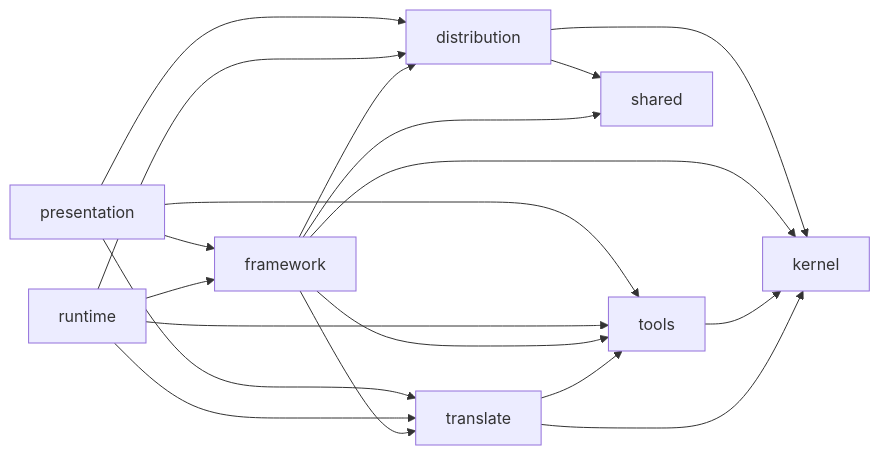
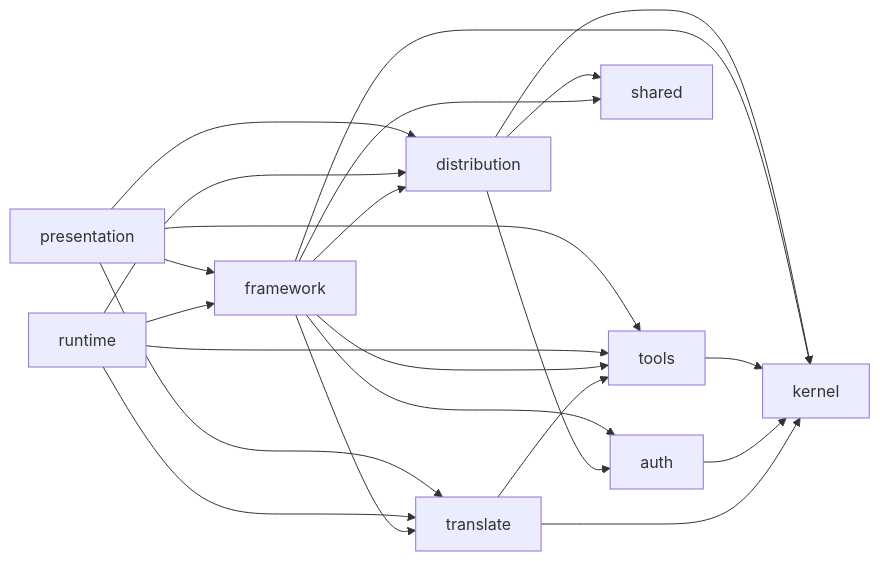
Before and after one commit to ai-driven-dev/framework: the diagram in cli/aidd_docs/memory/architecture.md, drawn with Mermaid. The commit also changed 57 other files, not shown here.

````diff
--- a/cli/aidd_docs/memory/architecture.md
+++ b/cli/aidd_docs/memory/architecture.md
@@ -15,21 +15,24 @@
 ```mermaid
 flowchart LR
     Presentation["presentation"] --> Distribution["distribution"]
     Presentation --> Framework["framework"]
     Presentation --> Tools["tools"]
     Presentation --> Translate["translate"]
     Runtime["runtime"] --> Distribution
     Runtime --> Framework
     Runtime --> Tools
     Runtime --> Translate
     Framework --> Translate
     Framework --> Distribution
     Framework --> Tools
+    Framework --> Auth["auth"]
+    Distribution --> Auth
     Translate --> Tools
     Distribution --> Kernel["kernel"]
     Distribution --> Shared["shared"]
     Framework --> Shared
     Framework --> Kernel
     Tools --> Kernel
+    Auth --> Kernel
     Translate --> Kernel
 ```
````
